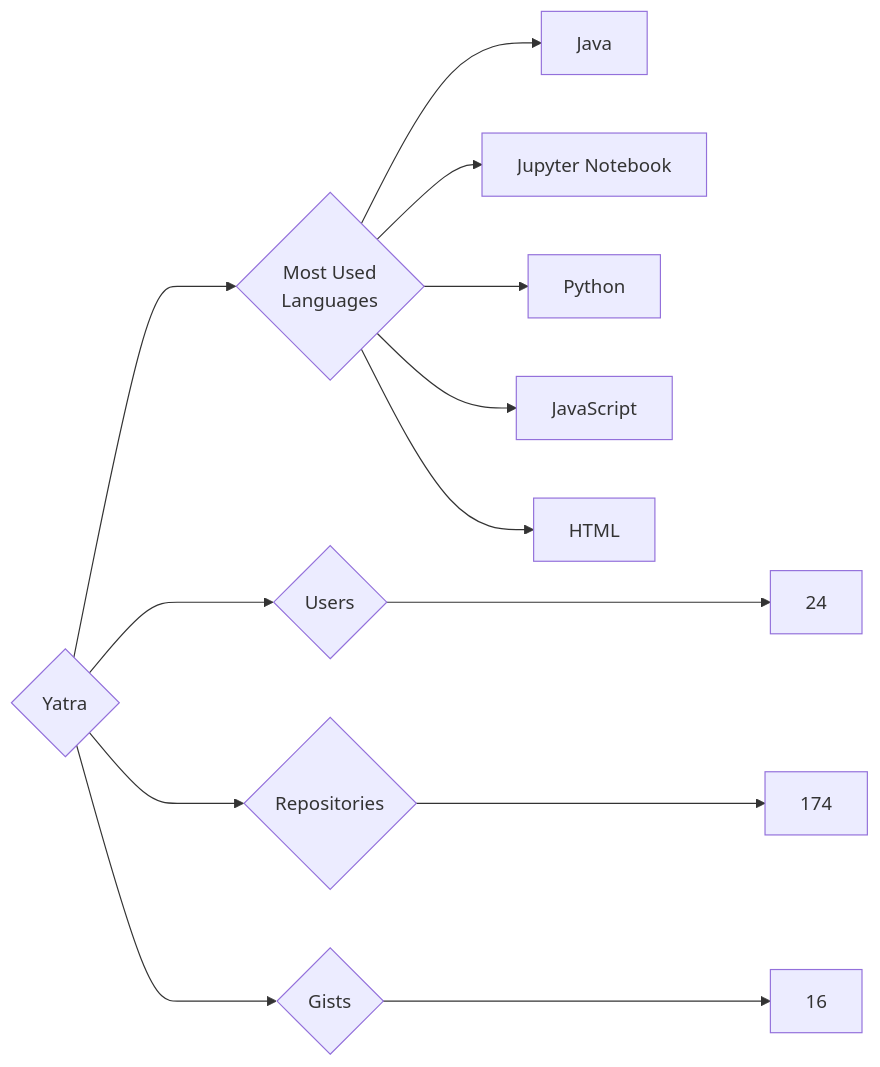
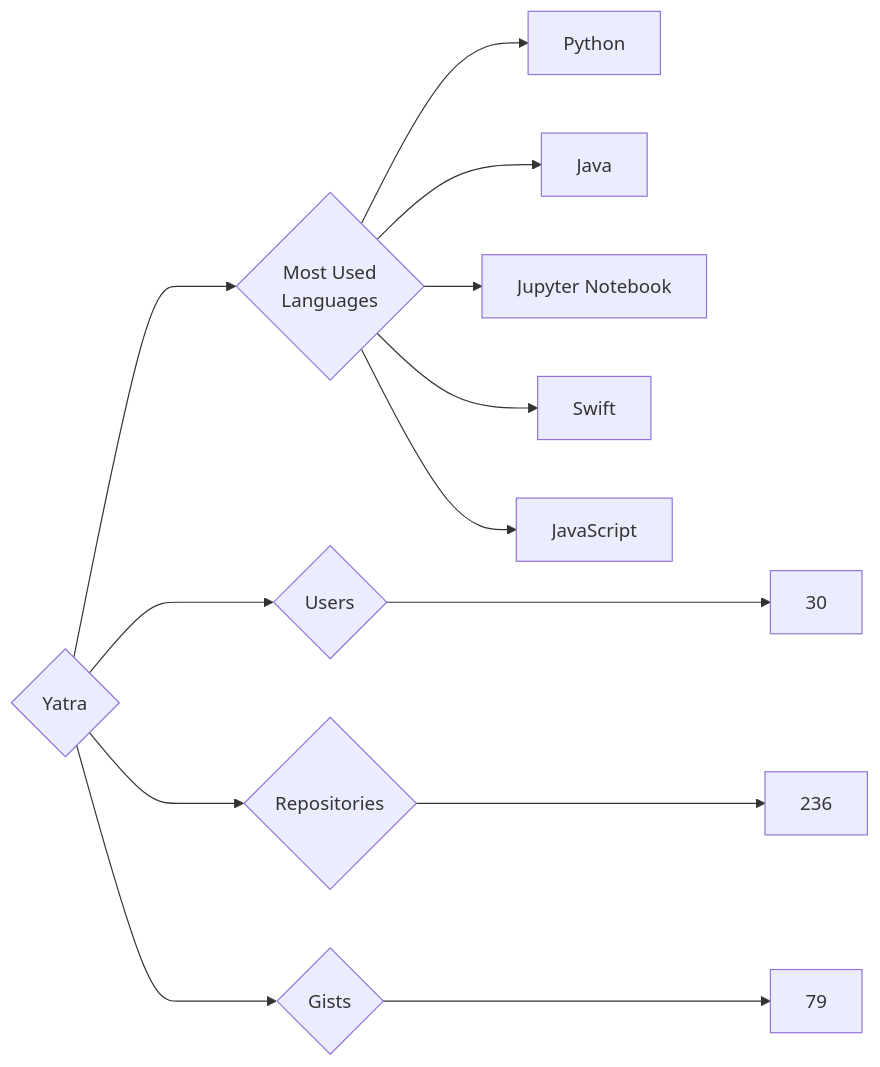
Before and after one commit to trickest/insiders: the diagram in targets/Yatra/README.md, drawn with Mermaid. The commit also changed 748 other files, not shown here.

````diff
--- a/targets/Yatra/README.md
+++ b/targets/Yatra/README.md
@@ -3,13 +3,13 @@
 ```mermaid
 graph LR
 COMPANY_NAME{Yatra}
-COMPANY_NAME ---> U{Users} ---> UN[24]
-COMPANY_NAME ---> R{Repositories} ---> RN[174]
-COMPANY_NAME ---> G{Gists} ---> GN[16]
+COMPANY_NAME ---> U{Users} ---> UN[30]
+COMPANY_NAME ---> R{Repositories} ---> RN[236]
+COMPANY_NAME ---> G{Gists} ---> GN[79]
 COMPANY_NAME ---> ML{Most Used<br>Languages}
+ML --> Python[Python]
 ML --> Java[Java]
 ML --> Jupyter_Notebook[Jupyter Notebook]
-ML --> Python[Python]
+ML --> Swift[Swift]
 ML --> JavaScript[JavaScript]
-ML --> HTML[HTML]
 ```
````
